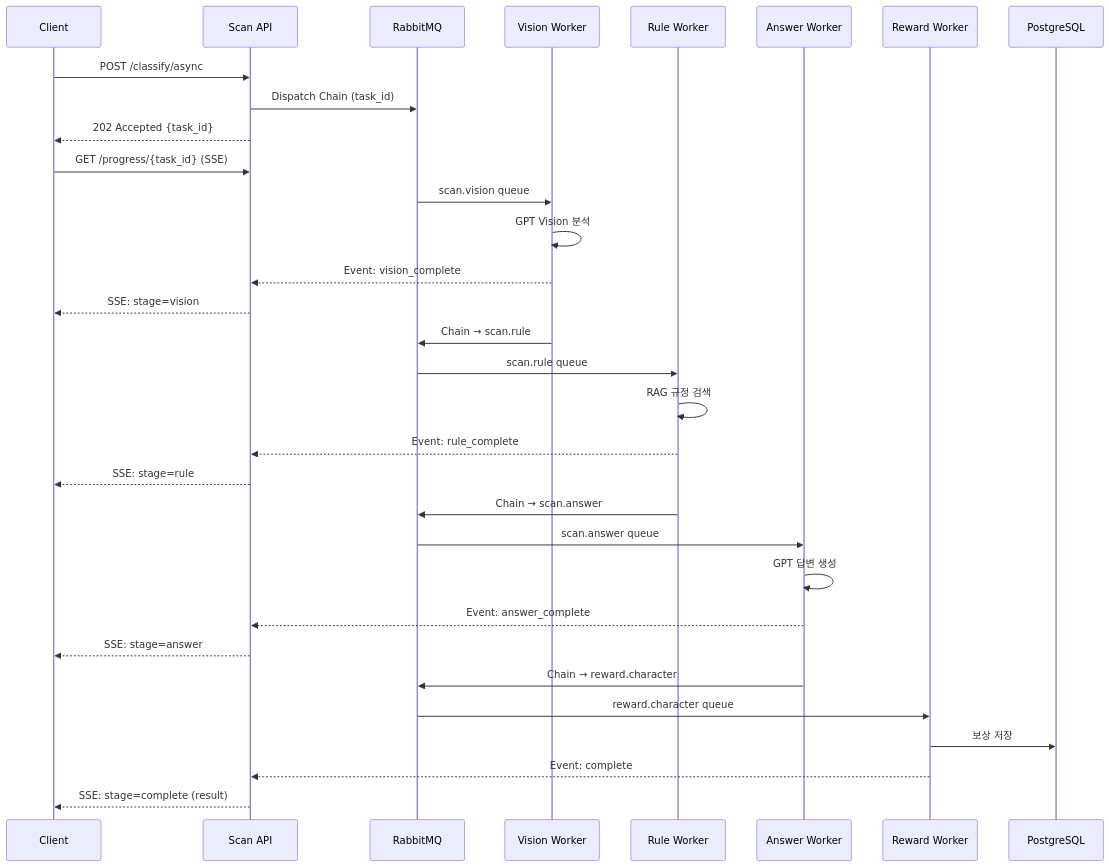
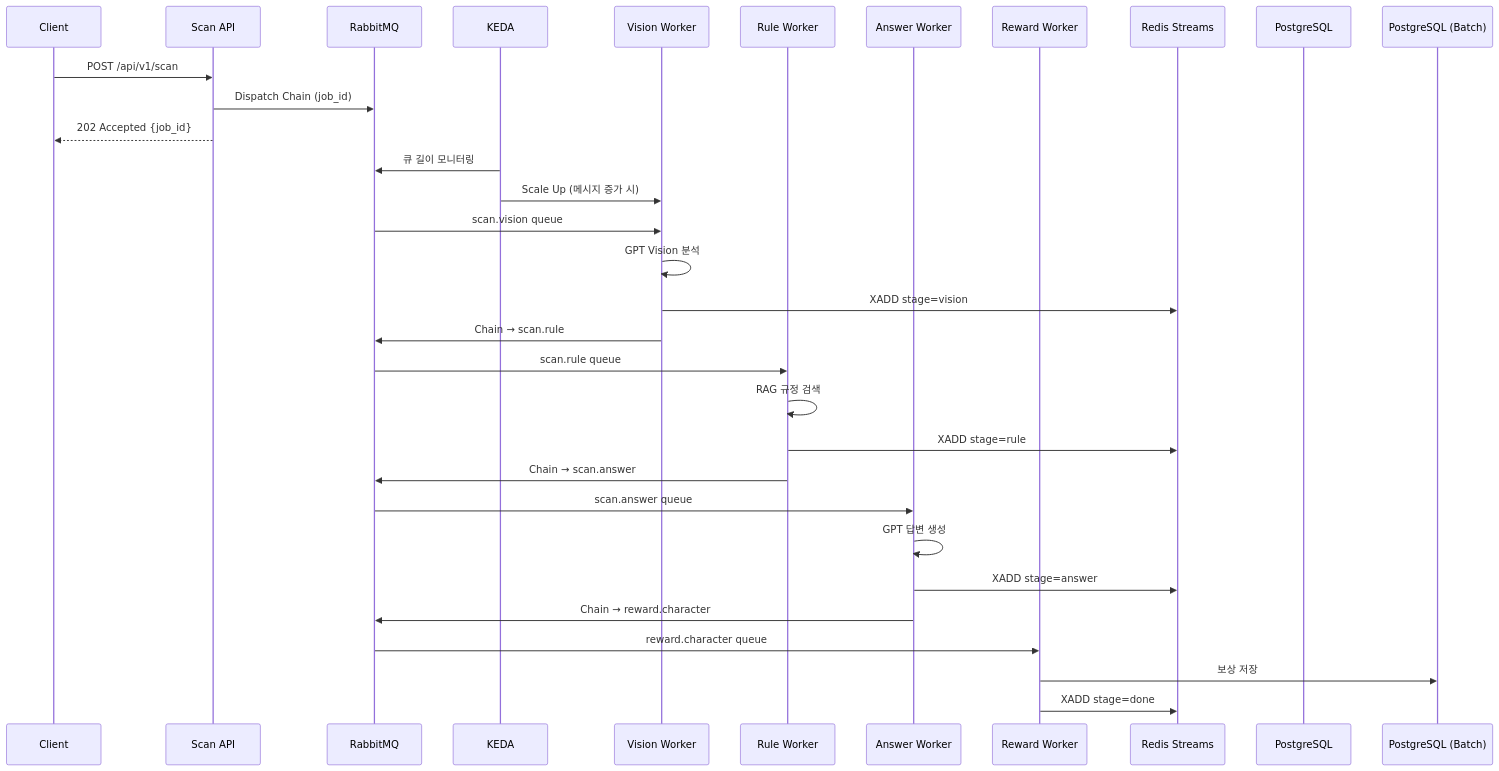
One commit to SeSACTHON/backend changed the third of 4 diagrams in README.md. Above: the diagram before and after it, drawn with Mermaid. The commit also changed other lines of this file and 1 other file, not shown here.

````diff
--- a/README.md
+++ b/README.md
@@ -224,40 +337,39 @@
 ```mermaid
 sequenceDiagram
     participant Client
     participant ScanAPI as Scan API
     participant RabbitMQ
+    participant KEDA
     participant VisionWorker as Vision Worker
     participant RuleWorker as Rule Worker
     participant AnswerWorker as Answer Worker
     participant RewardWorker as Reward Worker
+    participant RedisStreams as Redis Streams
     participant PostgreSQL
 
-    Client->>ScanAPI: POST /classify/async
-    ScanAPI->>RabbitMQ: Dispatch Chain (task_id)
-    ScanAPI-->>Client: 202 Accepted {task_id}
+    Client->>ScanAPI: POST /api/v1/scan
+    ScanAPI->>RabbitMQ: Dispatch Chain (job_id)
+    ScanAPI-->>Client: 202 Accepted {job_id}
 
-    Client->>ScanAPI: GET /progress/{task_id} (SSE)
+    KEDA->>RabbitMQ: 큐 길이 모니터링
+    KEDA->>VisionWorker: Scale Up (메시지 증가 시)
 
     RabbitMQ->>VisionWorker: scan.vision queue
     VisionWorker->>VisionWorker: GPT Vision 분석
-    VisionWorker-->>ScanAPI: Event: vision_complete
-    ScanAPI-->>Client: SSE: stage=vision
+    VisionWorker->>RedisStreams: XADD stage=vision
+    VisionWorker->>RabbitMQ: Chain → scan.rule
 
-    VisionWorker->>RabbitMQ: Chain → scan.rule
     RabbitMQ->>RuleWorker: scan.rule queue
     RuleWorker->>RuleWorker: RAG 규정 검색
-    RuleWorker-->>ScanAPI: Event: rule_complete
-    ScanAPI-->>Client: SSE: stage=rule
+    RuleWorker->>RedisStreams: XADD stage=rule
 
     RuleWorker->>RabbitMQ: Chain → scan.answer
     RabbitMQ->>AnswerWorker: scan.answer queue
     AnswerWorker->>AnswerWorker: GPT 답변 생성
-    AnswerWorker-->>ScanAPI: Event: answer_complete
-    ScanAPI-->>Client: SSE: stage=answer
+    AnswerWorker->>RedisStreams: XADD stage=answer
 
     AnswerWorker->>RabbitMQ: Chain → reward.character
     RabbitMQ->>RewardWorker: reward.character queue
-    RewardWorker->>PostgreSQL: 보상 저장
-    RewardWorker-->>ScanAPI: Event: complete
-    ScanAPI-->>Client: SSE: stage=complete (result)
+    RewardWorker->>PostgreSQL (Batch): 보상 저장
+    RewardWorker->>RedisStreams: XADD stage=done
 ```
````
